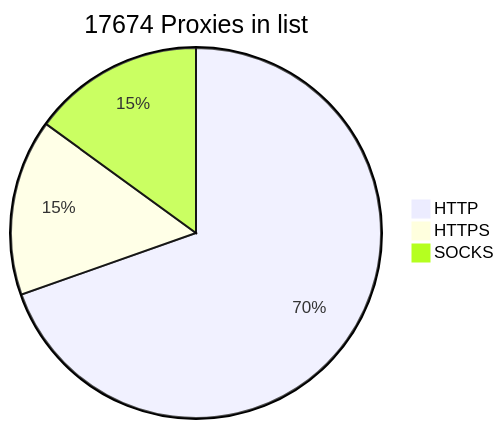
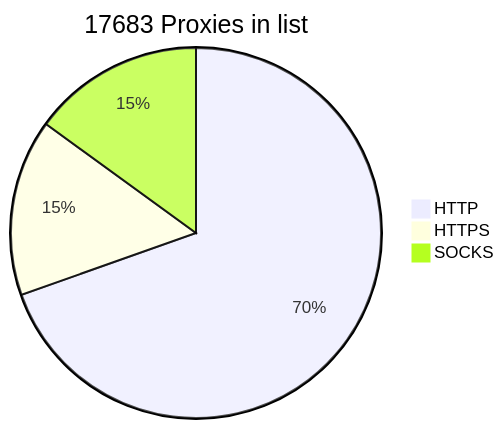
One commit to BlackSnowDot/proxylist-update-every-minute changed the diagram in README.md. Above: the diagram before and after it, drawn with Mermaid.

````diff
--- a/README.md
+++ b/README.md
@@ -2,6 +2,6 @@
 ```mermaid
-pie title 17674 Proxies in list
-    "HTTP" : 13242
-    "HTTPS": 2931
-    "SOCKS" : 2852
+pie title 17683 Proxies in list
+    "HTTP" : 13246
+    "HTTPS": 2935
+    "SOCKS" : 2855
 ```
````
